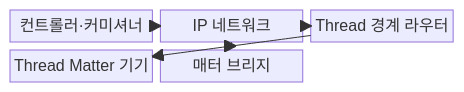
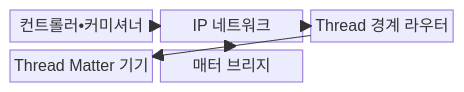
The first of 2 diagrams in src/content/docs/notes/04-network/054_zigbee_thread_matter.md (agnusdei1207/knowledge-base), drawn with Mermaid before and after one commit. The commit also changed other lines of this file and 953 other files, not shown here.

````diff
--- a/src/content/docs/notes/04-network/054_zigbee_thread_matter.md
+++ b/src/content/docs/notes/04-network/054_zigbee_thread_matter.md
@@ -67,13 +67,13 @@
 ```mermaid
 block-beta
     columns 3
-    A["컨트롤러·커미셔너"]
+    A["컨트롤러•커미셔너"]
     B["IP 네트워크"]
     C["Thread 경계 라우터"]
     D["Thread Matter 기기"]
     E["매터 브리지"]
     A --> B
     B --> C
     C --> D
     B --> E
 ```
````
